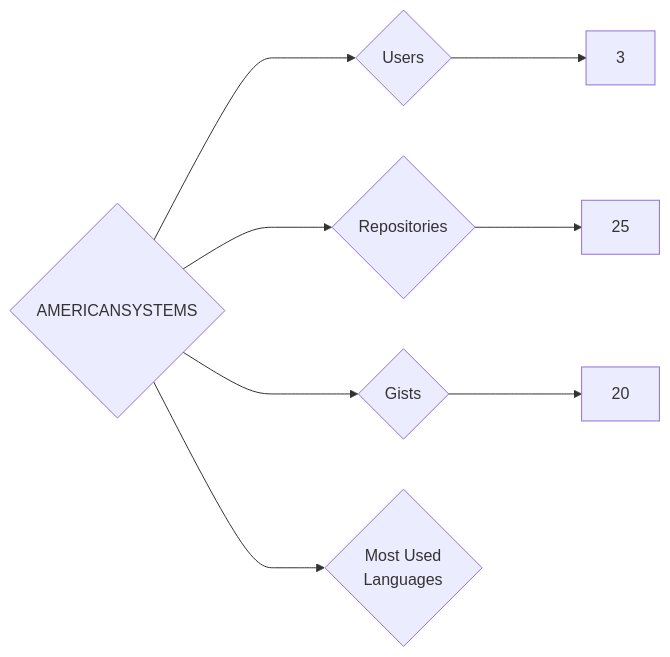
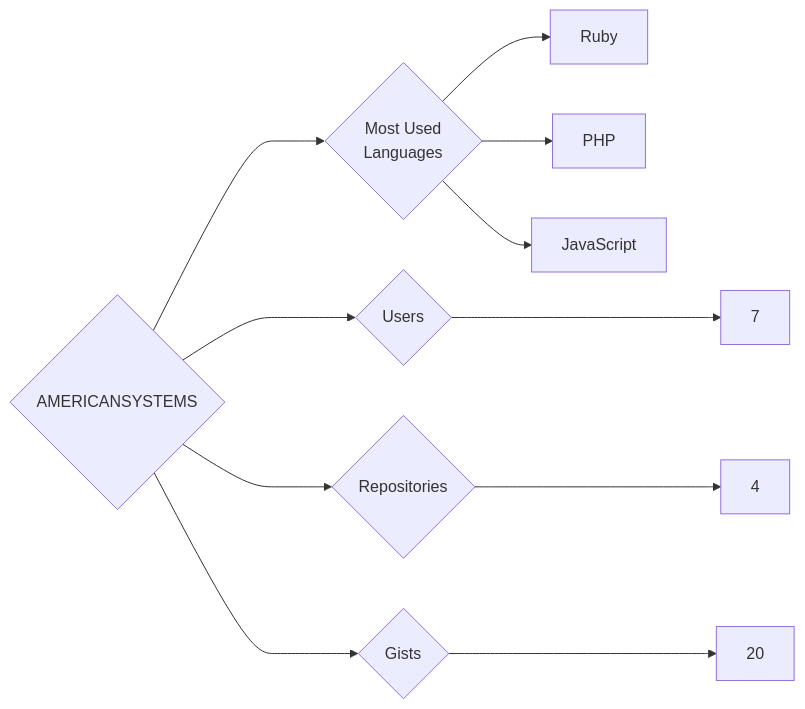
One commit to trickest/insiders changed the diagram in targets/AMERICANSYSTEMS/README.md. Above: the diagram before and after it, drawn with Mermaid. The commit also changed 1030 other files, not shown here.

````diff
--- a/targets/AMERICANSYSTEMS/README.md
+++ b/targets/AMERICANSYSTEMS/README.md
@@ -3,8 +3,11 @@
 ```mermaid
 graph LR
 COMPANY_NAME{AMERICANSYSTEMS}
-COMPANY_NAME ---> U{Users} ---> UN[3]
-COMPANY_NAME ---> R{Repositories} ---> RN[25]
+COMPANY_NAME ---> U{Users} ---> UN[7]
+COMPANY_NAME ---> R{Repositories} ---> RN[4]
 COMPANY_NAME ---> G{Gists} ---> GN[20]
 COMPANY_NAME ---> ML{Most Used<br>Languages}
+ML --> Ruby[Ruby]
+ML --> PHP[PHP]
+ML --> JavaScript[JavaScript]
 ```
````
